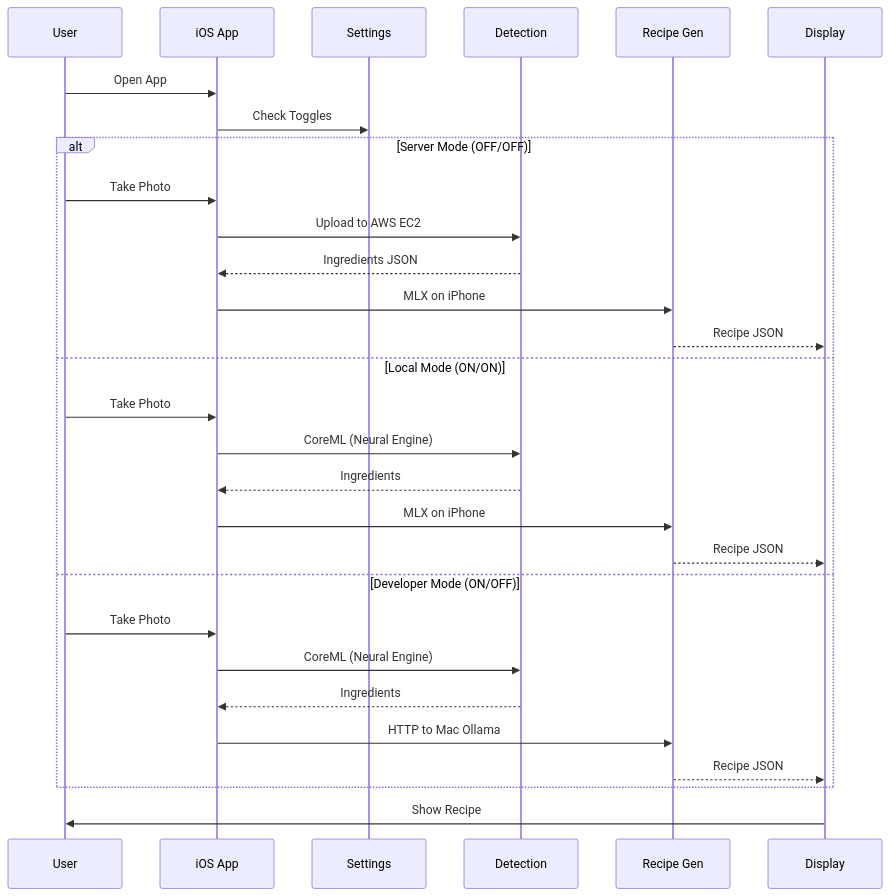
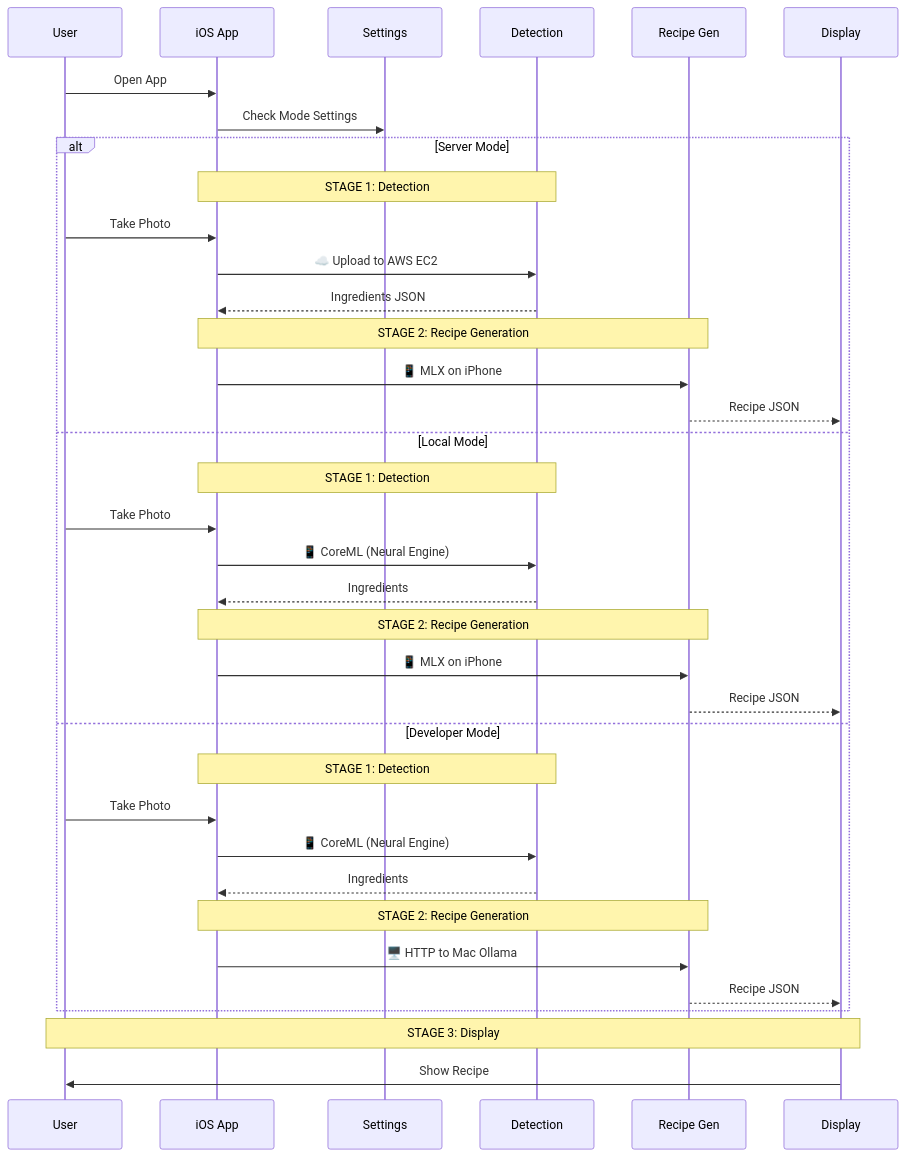
Before and after one commit to Jessi0803/kitchen_assistant: the second of 6 diagrams in architecture-mermaid.md, drawn with Mermaid. The commit also changed other lines of this file, not shown here.

First line of the commit message:
docs: update Mermaid diagrams with clear mode labels for Stage 1 & 2

````diff
--- a/architecture-mermaid.md
+++ b/architecture-mermaid.md
@@ -67,34 +67,41 @@
 ```mermaid
 sequenceDiagram
     participant User
     participant iOS as iOS App
     participant Settings
     participant Detection
     participant Recipe as Recipe Gen
     participant Display
 
     User->>iOS: Open App
-    iOS->>Settings: Check Toggles
+    iOS->>Settings: Check Mode Settings
     
-    alt Server Mode (OFF/OFF)
+    alt Server Mode
+        Note over iOS,Detection: STAGE 1: Detection
         User->>iOS: Take Photo
-        iOS->>Detection: Upload to AWS EC2
+        iOS->>Detection: ☁️ Upload to AWS EC2
         Detection-->>iOS: Ingredients JSON
-        iOS->>Recipe: MLX on iPhone
+        Note over iOS,Recipe: STAGE 2: Recipe Generation
+        iOS->>Recipe: 📱 MLX on iPhone
         Recipe-->>Display: Recipe JSON
-    else Local Mode (ON/ON)
+    else Local Mode
+        Note over iOS,Detection: STAGE 1: Detection
         User->>iOS: Take Photo
-        iOS->>Detection: CoreML (Neural Engine)
+        iOS->>Detection: 📱 CoreML (Neural Engine)
         Detection-->>iOS: Ingredients
-        iOS->>Recipe: MLX on iPhone
+        Note over iOS,Recipe: STAGE 2: Recipe Generation
+        iOS->>Recipe: 📱 MLX on iPhone
         Recipe-->>Display: Recipe JSON
-    else Developer Mode (ON/OFF)
+    else Developer Mode
+        Note over iOS,Detection: STAGE 1: Detection
         User->>iOS: Take Photo
-        iOS->>Detection: CoreML (Neural Engine)
+        iOS->>Detection: 📱 CoreML (Neural Engine)
         Detection-->>iOS: Ingredients
-        iOS->>Recipe: HTTP to Mac Ollama
+        Note over iOS,Recipe: STAGE 2: Recipe Generation
+        iOS->>Recipe: 🖥️ HTTP to Mac Ollama
         Recipe-->>Display: Recipe JSON
     end
     
+    Note over Display,User: STAGE 3: Display
     Display->>User: Show Recipe
 ```
````
